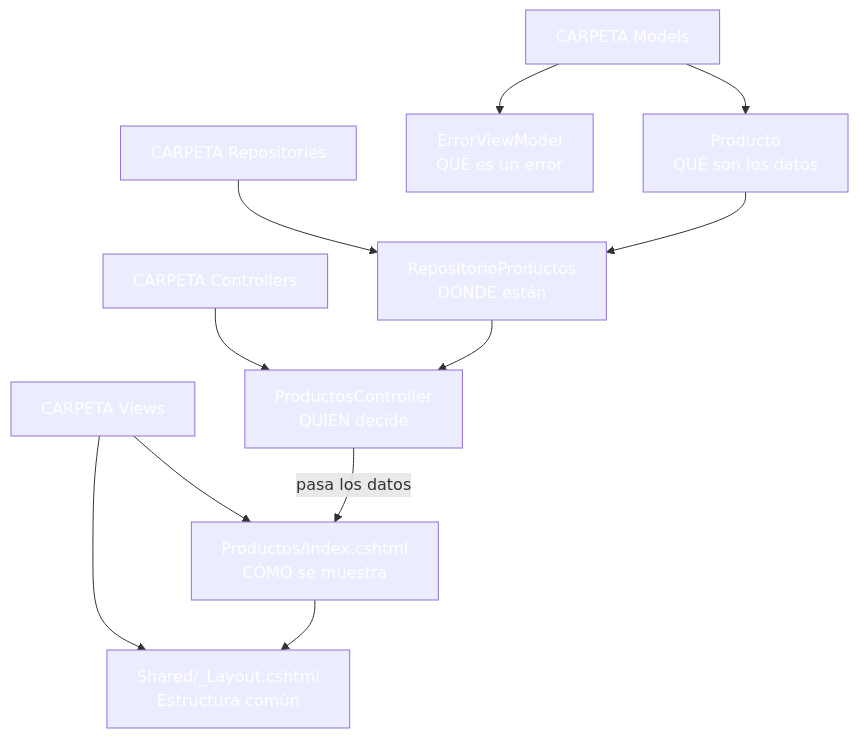
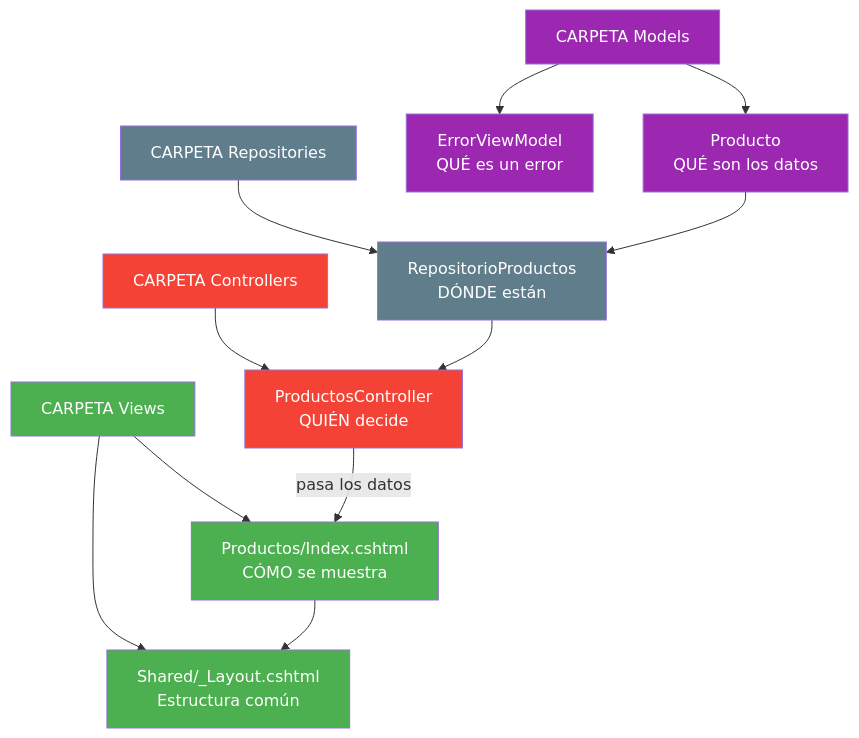
The fourth of 5 diagrams in 07-mvc-arquitectura.md (joseluisgs/DesarrolloWebEntornosServidor-03-2026-2027), drawn with Mermaid before and after one commit. The commit also changed other lines of this file and 25 other files, not shown here.

Commit message:
docs: corregir los estilos Mermaid de los temas y alinear el dominio del tema 25 con ProductosApp

````diff
--- a/07-mvc-arquitectura.md
+++ b/07-mvc-arquitectura.md
@@ -366,28 +366,28 @@
 ```mermaid
 graph TD
     A["CARPETA Models"] --> A1["Producto<br/>QUÉ son los datos"]
     A --> A2["ErrorViewModel<br/>QUÉ es un error"]
 
     B["CARPETA Repositories"] --> B1["RepositorioProductos<br/>DÓNDE están"]
 
     C["CARPETA Controllers"] --> C1["ProductosController<br/>QUIÉN decide"]
 
     D["CARPETA Views"] --> D1["Productos/Index.cshtml<br/>CÓMO se muestra"]
     D --> D2["Shared/_Layout.cshtml<br/>Estructura común"]
 
     A1 --> B1
     B1 --> C1
     C1 -->|"pasa los datos"| D1
     D1 --> D2
 
-    style A fill:#9C27B,color:#fff0,color:#fff
-    style A1 fill:#9C27B,color:#fff0,color:#fff
-    style A2 fill:#9C27B,color:#fff0,color:#fff
-    style B fill:#607D8,color:#fffB,color:#fff
-    style B1 fill:#607D8,color:#fffB,color:#fff
-    style C fill:#f4433,color:#fff6,color:#fff
-    style C1 fill:#f4433,color:#fff6,color:#fff
-    style D fill:#4CAF5,color:#fff0,color:#fff
-    style D1 fill:#4CAF5,color:#fff0,color:#fff
-    style D2 fill:#4CAF5,color:#fff0,color:#fff
+    style A fill:#9C27B0,color:#fff
+    style A1 fill:#9C27B0,color:#fff
+    style A2 fill:#9C27B0,color:#fff
+    style B fill:#607D8B,color:#fff
+    style B1 fill:#607D8B,color:#fff
+    style C fill:#f44336,color:#fff
+    style C1 fill:#f44336,color:#fff
+    style D fill:#4CAF50,color:#fff
+    style D1 fill:#4CAF50,color:#fff
+    style D2 fill:#4CAF50,color:#fff
 ```
````
